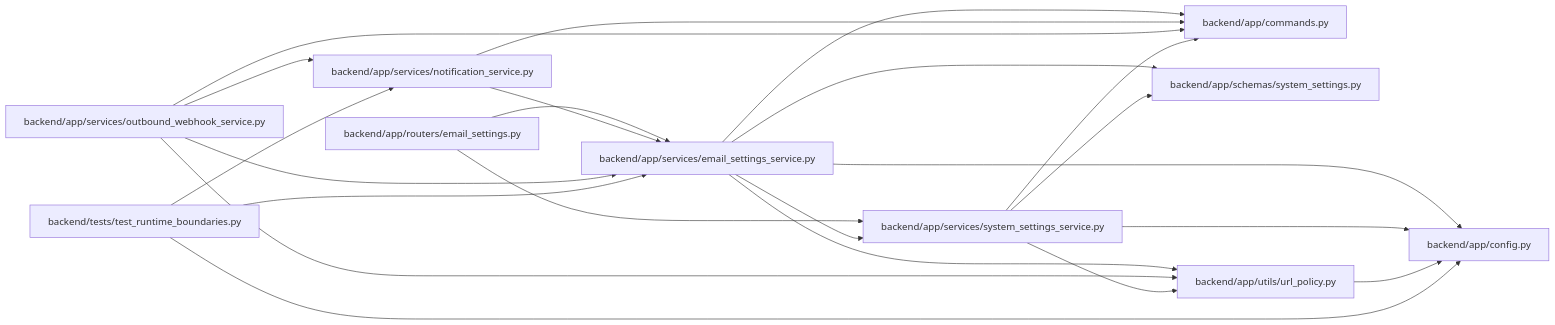
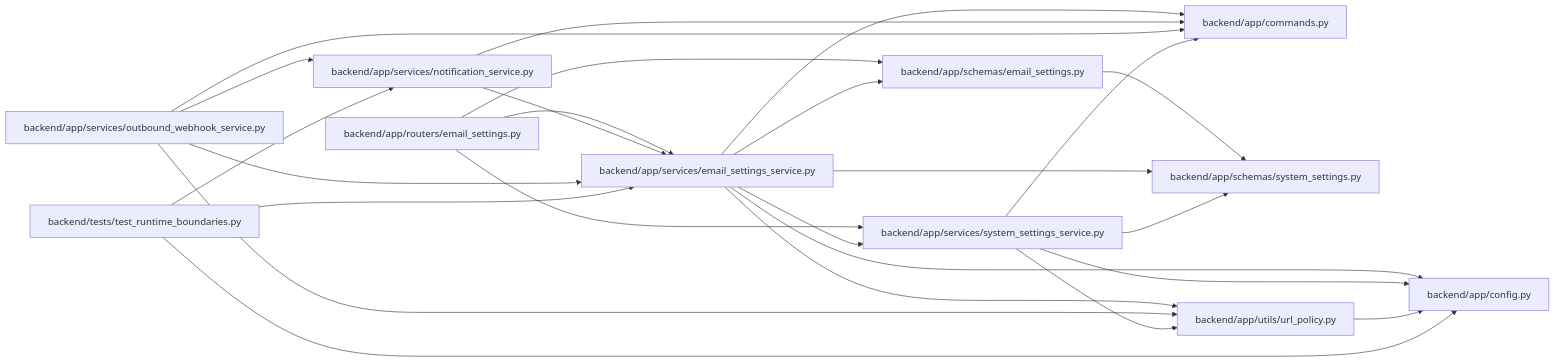
One commit to Denissvgn/WorkChord changed the diagram in docs/llm_wiki/modules/email_settings_service.md. Above: the diagram before and after it, drawn with Mermaid. The commit also changed other lines of this file and 25171 other files, not shown here.

````diff
--- a/docs/llm_wiki/modules/email_settings_service.md
+++ b/docs/llm_wiki/modules/email_settings_service.md
@@ -30,44 +31,49 @@
 ```mermaid
 flowchart LR
     n0["backend/app/commands.py"]
     n1["backend/app/config.py"]
     n2["backend/app/routers/email_settings.py"]
-    n3["backend/app/schemas/system_settings.py"]
-    n4["backend/app/services/email_settings_service.py"]
-    n5["backend/app/services/notification_service.py"]
-    n6["backend/app/services/outbound_webhook_service.py"]
-    n7["backend/app/services/system_settings_service.py"]
-    n8["backend/app/utils/url_policy.py"]
-    n9["backend/tests/test_runtime_boundaries.py"]
-    n2 --> n4
-    n2 --> n7
-    n4 --> n0
-    n4 --> n1
-    n4 --> n3
-    n4 --> n7
-    n4 --> n8
+    n3["backend/app/schemas/email_settings.py"]
+    n4["backend/app/schemas/system_settings.py"]
+    n5["backend/app/services/email_settings_service.py"]
+    n6["backend/app/services/notification_service.py"]
+    n7["backend/app/services/outbound_webhook_service.py"]
+    n8["backend/app/services/system_settings_service.py"]
+    n9["backend/app/utils/url_policy.py"]
+    n10["backend/tests/test_runtime_boundaries.py"]
+    n2 --> n3
+    n2 --> n5
+    n2 --> n8
+    n3 --> n4
     n5 --> n0
+    n5 --> n1
+    n5 --> n3
     n5 --> n4
+    n5 --> n8
+    n5 --> n9
     n6 --> n0
-    n6 --> n4
     n6 --> n5
-    n6 --> n8
     n7 --> n0
-    n7 --> n1
-    n7 --> n3
-    n7 --> n8
+    n7 --> n5
+    n7 --> n6
+    n7 --> n9
+    n8 --> n0
     n8 --> n1
+    n8 --> n4
+    n8 --> n9
     n9 --> n1
-    n9 --> n4
-    n9 --> n5
+    n10 --> n1
+    n10 --> n5
+    n10 --> n6
     click n0 "../modules/commands.md"
     click n1 "../modules/config.md"
     click n2 "../modules/routers_email_settings.md"
-    click n3 "../modules/schemas_system_settings.md"
-    click n4 "../modules/email_settings_service.md"
-    click n5 "../modules/notification_service.md"
-    click n6 "../modules/outbound_webhook_service.md"
-    click n7 "../modules/system_settings_service.md"
-    click n8 "../modules/url_policy.md"
-    click n9 "../modules/test_runtime_boundaries.md"
+    click n3 "../modules/schemas_email_settings.md"
+    click n4 "../modules/schemas_system_settings.md"
+    click n5 "../modules/email_settings_service.md"
+    click n6 "../modules/notification_service.md"
+    click n7 "../modules/outbound_webhook_service.md"
+    click n8 "../modules/system_settings_service.md"
+    click n9 "../modules/url_policy.md"
+    click n10 "../modules/test_runtime_boundaries.md"
 ```
````
